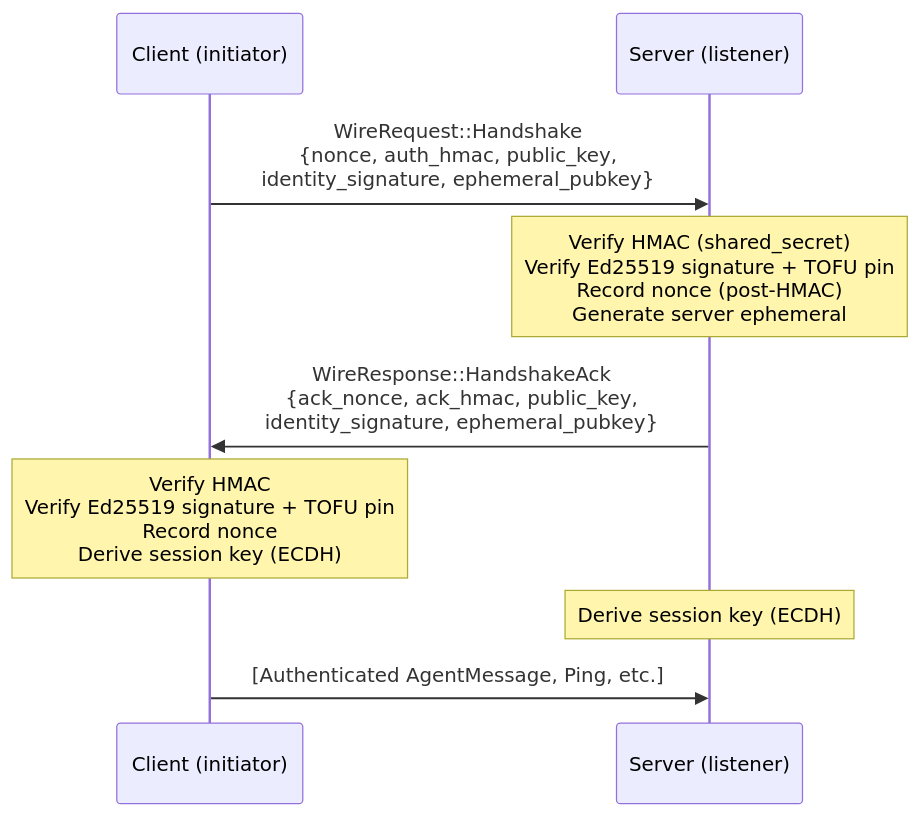
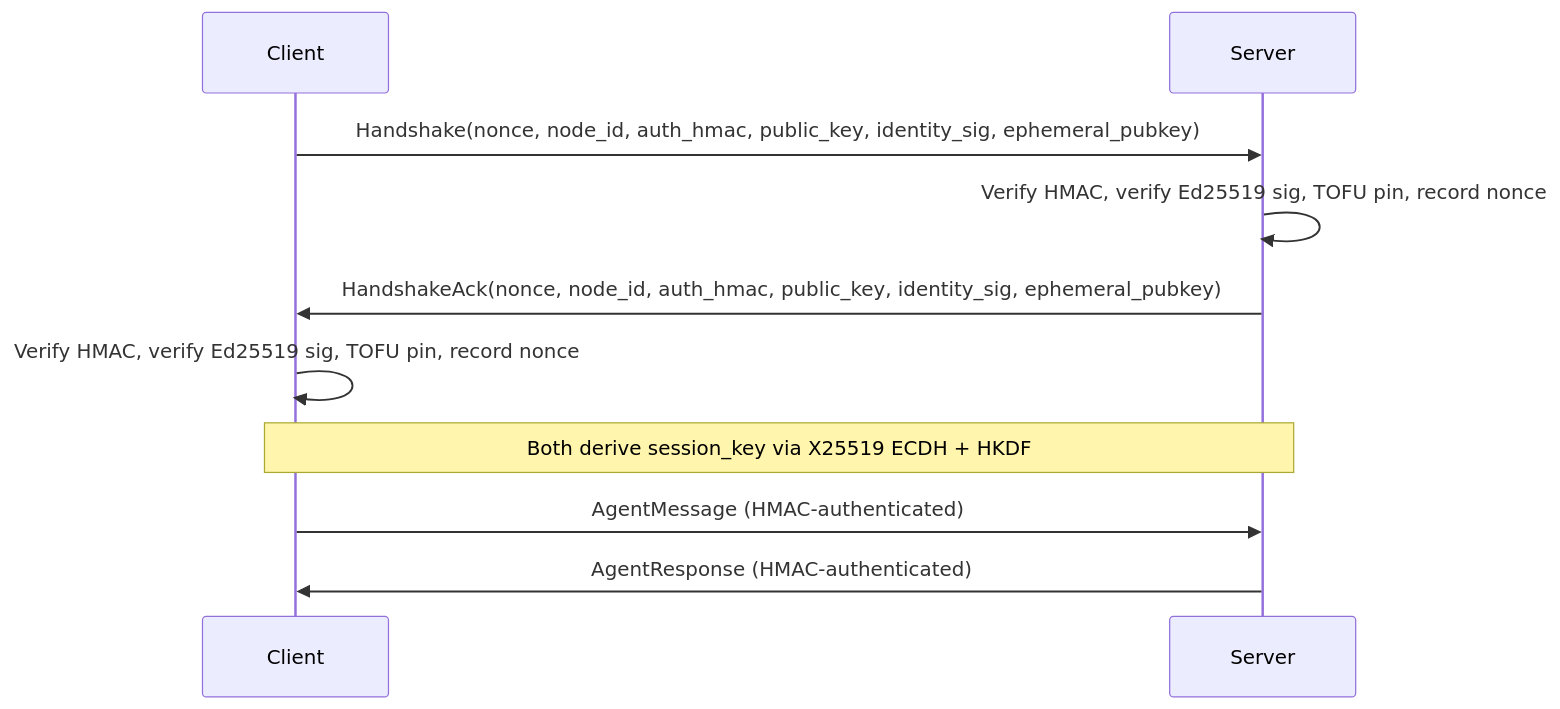
Before and after one commit to leszek3737/librefang-WIki: the second of 2 diagrams in p2p-wire-protocol.md, drawn with Mermaid. The commit also changed other lines of this file and 70 other files, not shown here.

````diff
--- a/p2p-wire-protocol.md
+++ b/p2p-wire-protocol.md
@@ -80,11 +102,12 @@
 ```mermaid
 sequenceDiagram
-    participant C as Client (initiator)
-    participant S as Server (listener)
-    C->>S: WireRequest::Handshake<br/>{nonce, auth_hmac, public_key,<br/>identity_signature, ephemeral_pubkey}
-    Note over S: Verify HMAC (shared_secret)<br/>Verify Ed25519 signature + TOFU pin<br/>Record nonce (post-HMAC)<br/>Generate server ephemeral
-    S->>C: WireResponse::HandshakeAck<br/>{ack_nonce, ack_hmac, public_key,<br/>identity_signature, ephemeral_pubkey}
-    Note over C: Verify HMAC<br/>Verify Ed25519 signature + TOFU pin<br/>Record nonce<br/>Derive session key (ECDH)
-    Note over S: Derive session key (ECDH)
-    C->>S: [Authenticated AgentMessage, Ping, etc.]
+    participant C as Client
+    participant S as Server
+    C->>S: Handshake(nonce, node_id, auth_hmac, public_key, identity_sig, ephemeral_pubkey)
+    S->>S: Verify HMAC, verify Ed25519 sig, TOFU pin, record nonce
+    S->>C: HandshakeAck(nonce, node_id, auth_hmac, public_key, identity_sig, ephemeral_pubkey)
+    C->>C: Verify HMAC, verify Ed25519 sig, TOFU pin, record nonce
+    Note over C,S: Both derive session_key via X25519 ECDH + HKDF
+    C->>S: AgentMessage (HMAC-authenticated)
+    S->>C: AgentResponse (HMAC-authenticated)
 ```
````
